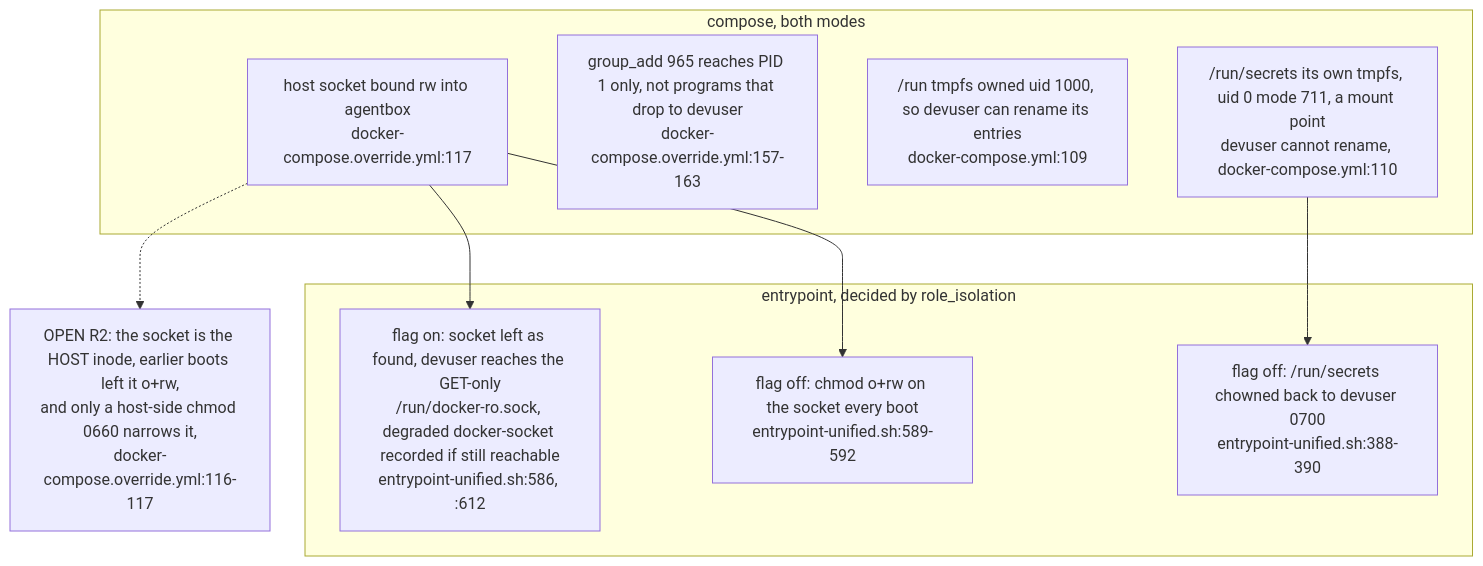
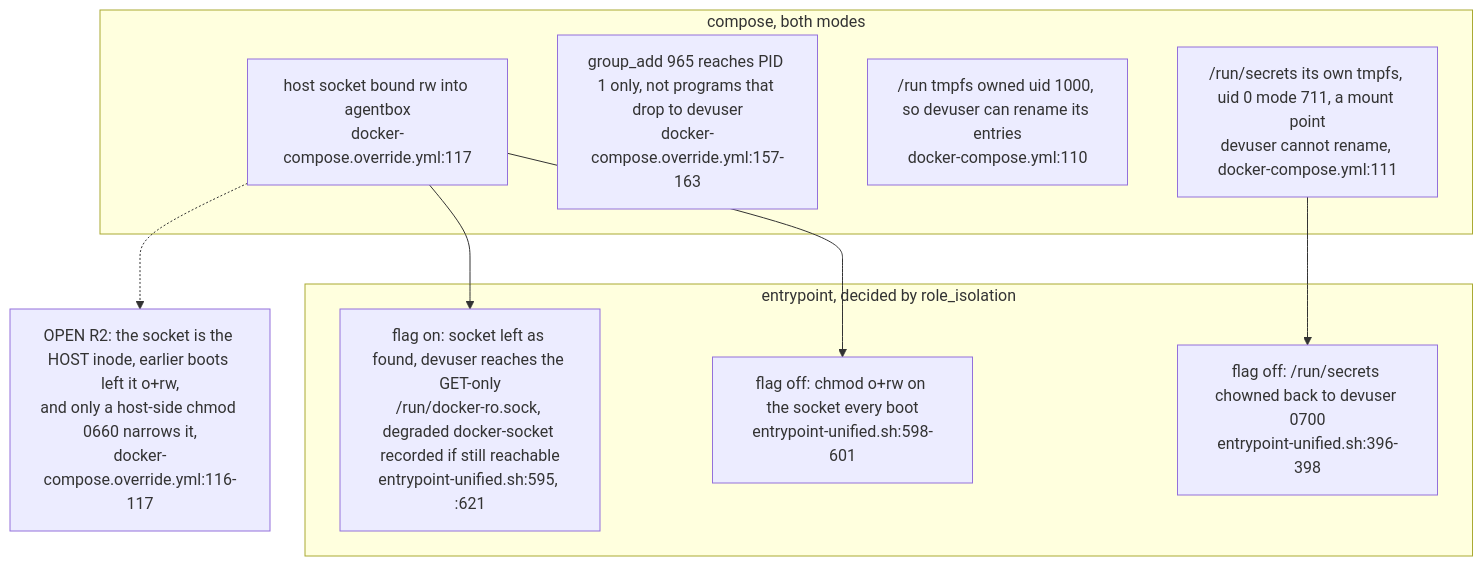
One commit to DreamLab-AI/VisionFlow changed diagram 13 of 14 in docs/diagrams/agentbox/06-sidecars-and-compose-overlays.md. Above: the diagram before and after it, drawn with Mermaid. The commit also changed other lines of this file and 160 other files, not shown here.

````diff
--- a/docs/diagrams/agentbox/06-sidecars-and-compose-overlays.md
+++ b/docs/diagrams/agentbox/06-sidecars-and-compose-overlays.md
@@ -374,18 +383,18 @@
 ```mermaid
 flowchart TB
     subgraph COMPOSE["compose, both modes"]
         S1["host socket bound rw into agentbox<br/>docker-compose.override.yml:117"]
         S2["group_add 965 reaches PID 1 only, not programs that drop to devuser<br/>docker-compose.override.yml:157-163"]
-        M1["/run tmpfs owned uid 1000, so devuser can rename its entries<br/>docker-compose.yml:109"]
-        M2["/run/secrets its own tmpfs, uid 0 mode 711, a mount point<br/>devuser cannot rename, docker-compose.yml:110"]
+        M1["/run tmpfs owned uid 1000, so devuser can rename its entries<br/>docker-compose.yml:110"]
+        M2["/run/secrets its own tmpfs, uid 0 mode 711, a mount point<br/>devuser cannot rename, docker-compose.yml:111"]
     end
     subgraph BOOT["entrypoint, decided by role_isolation"]
-        E0["flag off: chmod o+rw on the socket every boot<br/>entrypoint-unified.sh:589-592"]
-        E1["flag on: socket left as found, devuser reaches the GET-only<br/>/run/docker-ro.sock, degraded docker-socket recorded if still reachable<br/>entrypoint-unified.sh:586, :612"]
-        E2["flag off: /run/secrets chowned back to devuser 0700<br/>entrypoint-unified.sh:388-390"]
+        E0["flag off: chmod o+rw on the socket every boot<br/>entrypoint-unified.sh:598-601"]
+        E1["flag on: socket left as found, devuser reaches the GET-only<br/>/run/docker-ro.sock, degraded docker-socket recorded if still reachable<br/>entrypoint-unified.sh:595, :621"]
+        E2["flag off: /run/secrets chowned back to devuser 0700<br/>entrypoint-unified.sh:396-398"]
     end
     S1 --> E0
     S1 --> E1
     M2 --> E2
     S1 -.-> R2["OPEN R2: the socket is the HOST inode, earlier boots left it o+rw,<br/>and only a host-side chmod 0660 narrows it,<br/>docker-compose.override.yml:116-117"]
 ```
````
